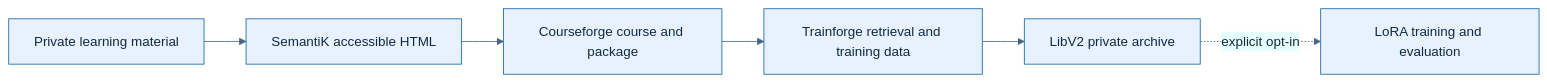
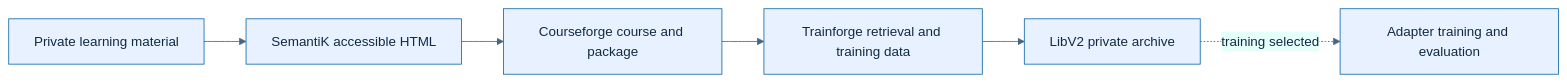
The diagram in docs/operations/pipeline-invocation.md (mdmurphy822/Ed4All), drawn with Mermaid before and after one commit. The commit also changed other lines of this file, not shown here.

````diff
--- a/docs/operations/pipeline-invocation.md
+++ b/docs/operations/pipeline-invocation.md
@@ -39,9 +39,9 @@
 ```mermaid
 %%{init: {"theme": "base", "themeVariables": {"primaryColor": "#E8F1FF", "primaryTextColor": "#102A43", "primaryBorderColor": "#1769AA", "lineColor": "#486581", "secondaryColor": "#E6FFFA", "tertiaryColor": "#FFF7E6"}}}%%
 flowchart LR
     A[Private learning material] --> B[SemantiK accessible HTML]
     B --> C[Courseforge course and package]
     C --> D[Trainforge retrieval and training data]
     D --> E[LibV2 private archive]
-    E -. explicit opt-in .-> F[LoRA training and evaluation]
+    E -. training selected .-> F[Adapter training and evaluation]
 ```
````
